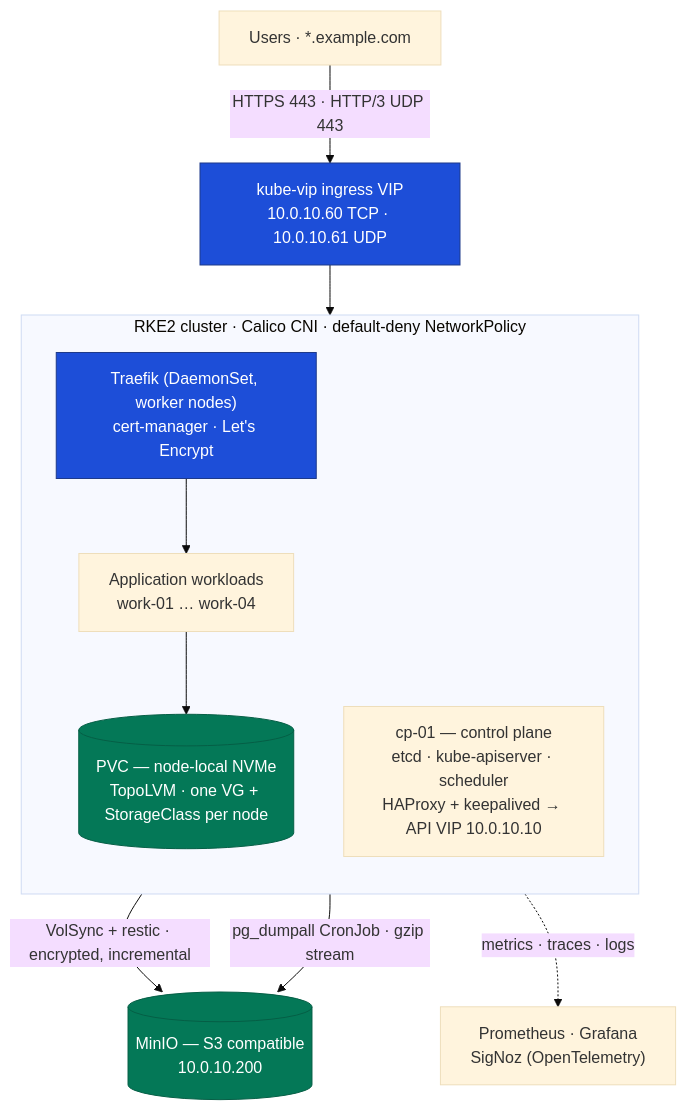
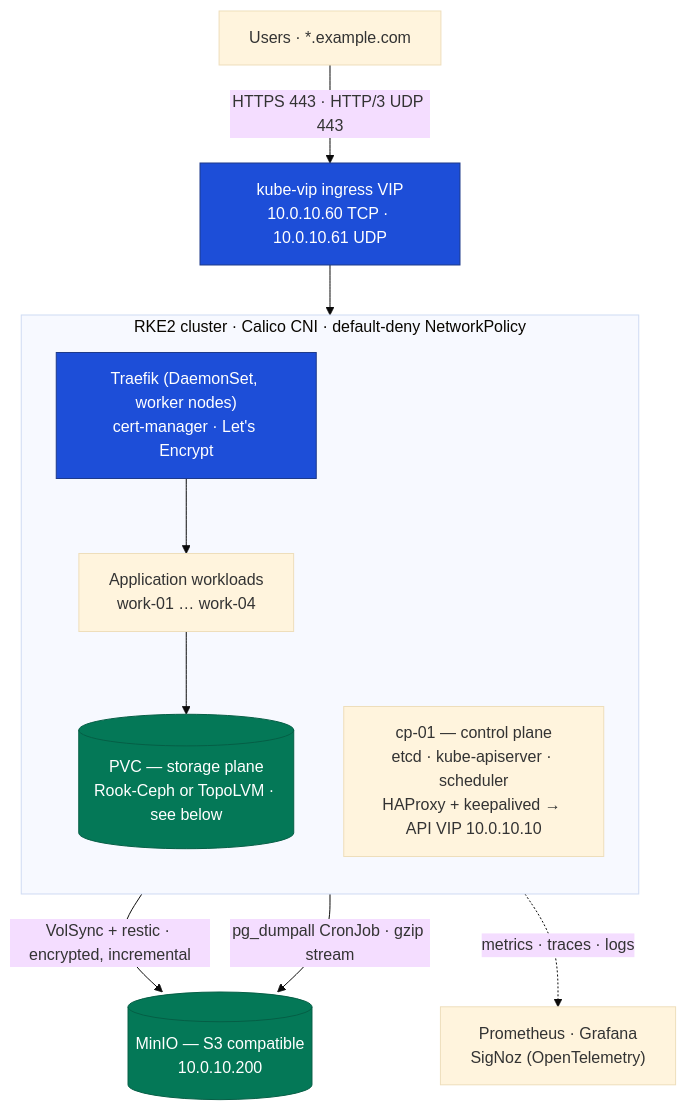
The first of 2 diagrams in README.md (KiranManeDevOps/bare-metal-kubernetes), drawn with Mermaid (base theme) before and after one commit. The commit also changed other lines of this file and 2 other files, not shown here.

Commit message:
Add Rook-Ceph topology and storage I/O path diagrams

````diff
--- a/README.md
+++ b/README.md
@@ -22,21 +22,21 @@
 ```mermaid
 flowchart TB
   U["Users · *.example.com"] -->|"HTTPS 443 · HTTP/3 UDP 443"| VIP["kube-vip ingress VIP<br/>10.0.10.60 TCP · 10.0.10.61 UDP"]
   VIP --> TR["Traefik (DaemonSet, worker nodes)<br/>cert-manager · Let's Encrypt"]
 
   subgraph CL["RKE2 cluster · Calico CNI · default-deny NetworkPolicy"]
     direction TB
     CP["cp-01 — control plane<br/>etcd · kube-apiserver · scheduler<br/>HAProxy + keepalived → API VIP 10.0.10.10"]
     TR --> APP["Application workloads<br/>work-01 … work-04"]
-    APP --> PVC[("PVC — node-local NVMe<br/>TopoLVM · one VG + StorageClass per node")]
+    APP --> PVC[("PVC — storage plane<br/>Rook-Ceph or TopoLVM · see below")]
   end
 
   PVC -->|"VolSync + restic · encrypted, incremental"| S3[("MinIO — S3 compatible<br/>10.0.10.200")]
   APP -->|"pg_dumpall CronJob · gzip stream"| S3
   CL -.->|"metrics · traces · logs"| OBS["Prometheus · Grafana<br/>SigNoz (OpenTelemetry)"]
 
   classDef edge fill:#1d4ed8,stroke:#1e3a8a,color:#fff
   classDef store fill:#047857,stroke:#065f46,color:#fff
   class VIP,TR edge
   class PVC,S3 store
 ```
````
